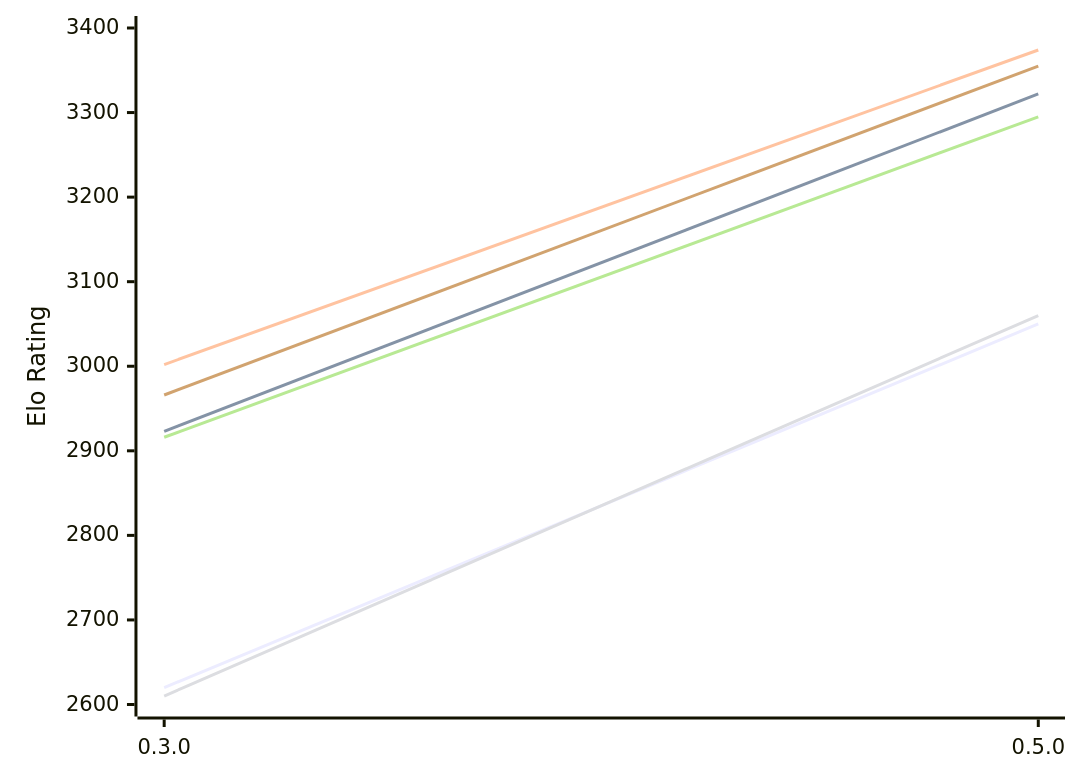
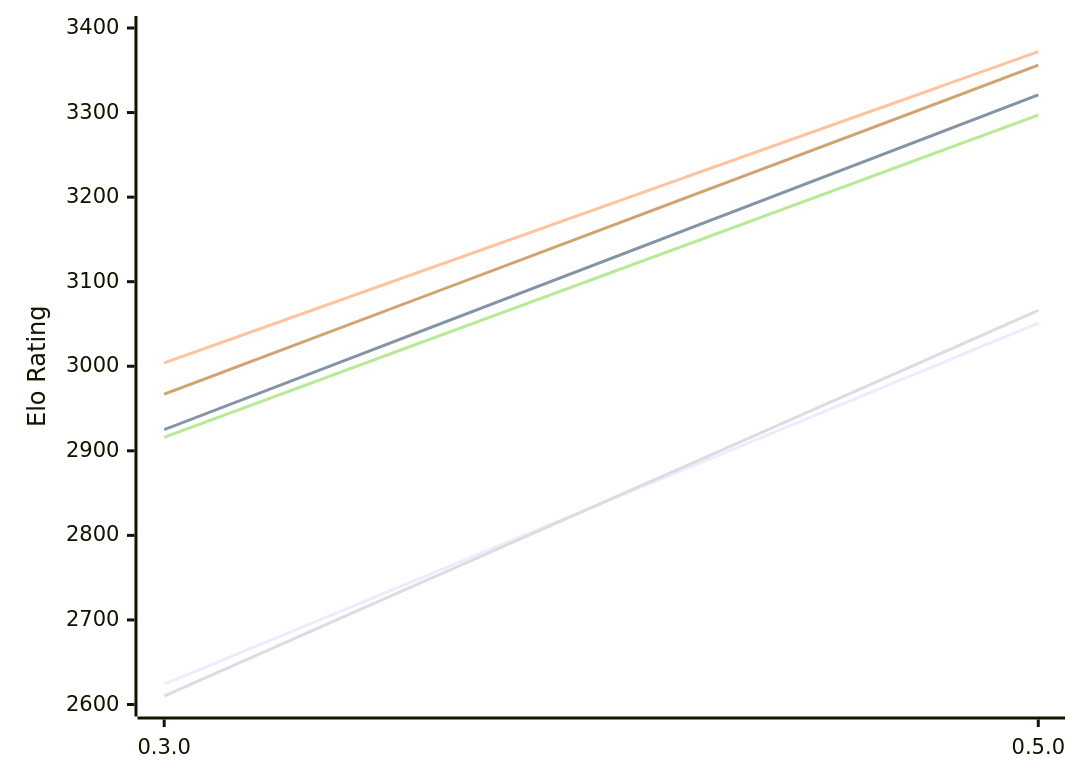
Before and after one commit to computer-chess-index/cci: the diagram in engines/Crustik.md, drawn with Mermaid. The commit also changed other lines of this file, not shown here.

Commit message:
Update CCI Ratings (ELO VLTC) - 2026-11-27

````diff
--- a/engines/Crustik.md
+++ b/engines/Crustik.md
@@ -49,12 +49,12 @@
 ```mermaid
 %%{init: {"theme":"base","themeVariables":{"seriesColors:['#a3a3a3','#222221','#faa371']}}}%%
 xychart-beta
   x-axis ["0.3.0", "0.5.0"]
   y-axis "Elo Rating" 2600 --> 3400
-  line "E1: STC (8.0+0.08s)" [2620, 3050]
-  line "E1: LTC (60.0+0.60s)" [2923, 3322]
-  line "E1: VLTC (2m24s+1.12s)" [3002, 3374]
-  line "P1: STC (8.0+0.08s)" [2610, 3060]
-  line "P1: LTC (60.0+0.60s)" [2916, 3295]
-  line "P1: VLTC (2m24s+1.12s)" [2966, 3355]
+  line "E1: STC (8.0+0.08s)" [2624, 3051]
+  line "E1: LTC (60.0+0.60s)" [2925, 3321]
+  line "E1: VLTC (2m24s+1.12s)" [3004, 3372]
+  line "P1: STC (8.0+0.08s)" [2610, 3066]
+  line "P1: LTC (60.0+0.60s)" [2916, 3297]
+  line "P1: VLTC (2m24s+1.12s)" [2967, 3356]
 ```
````
